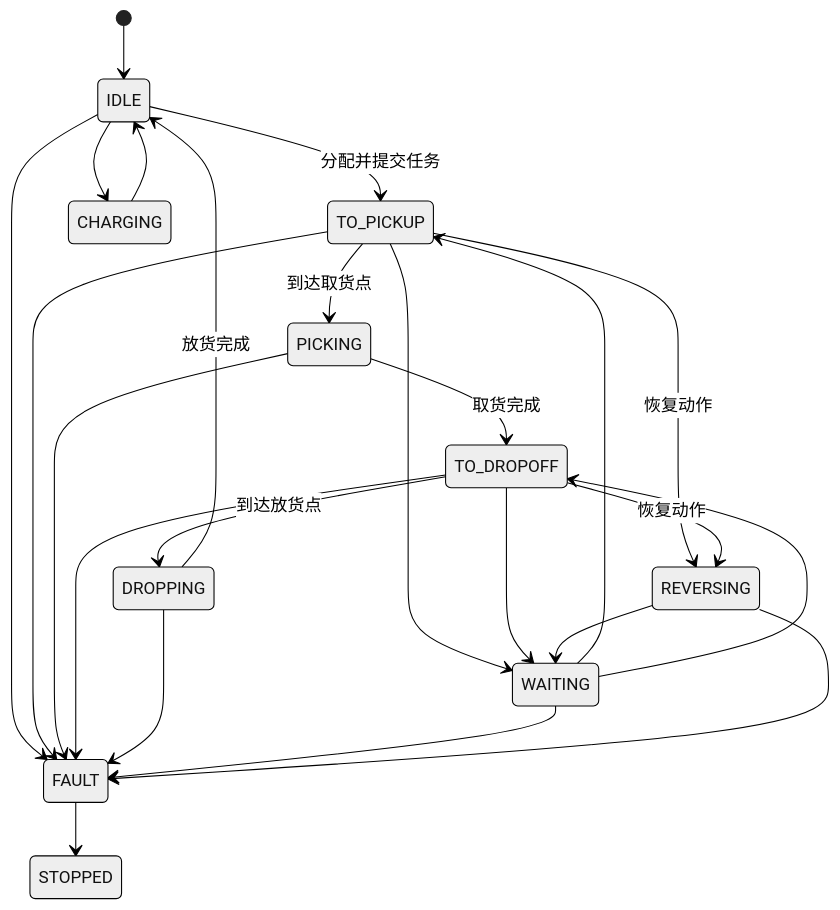
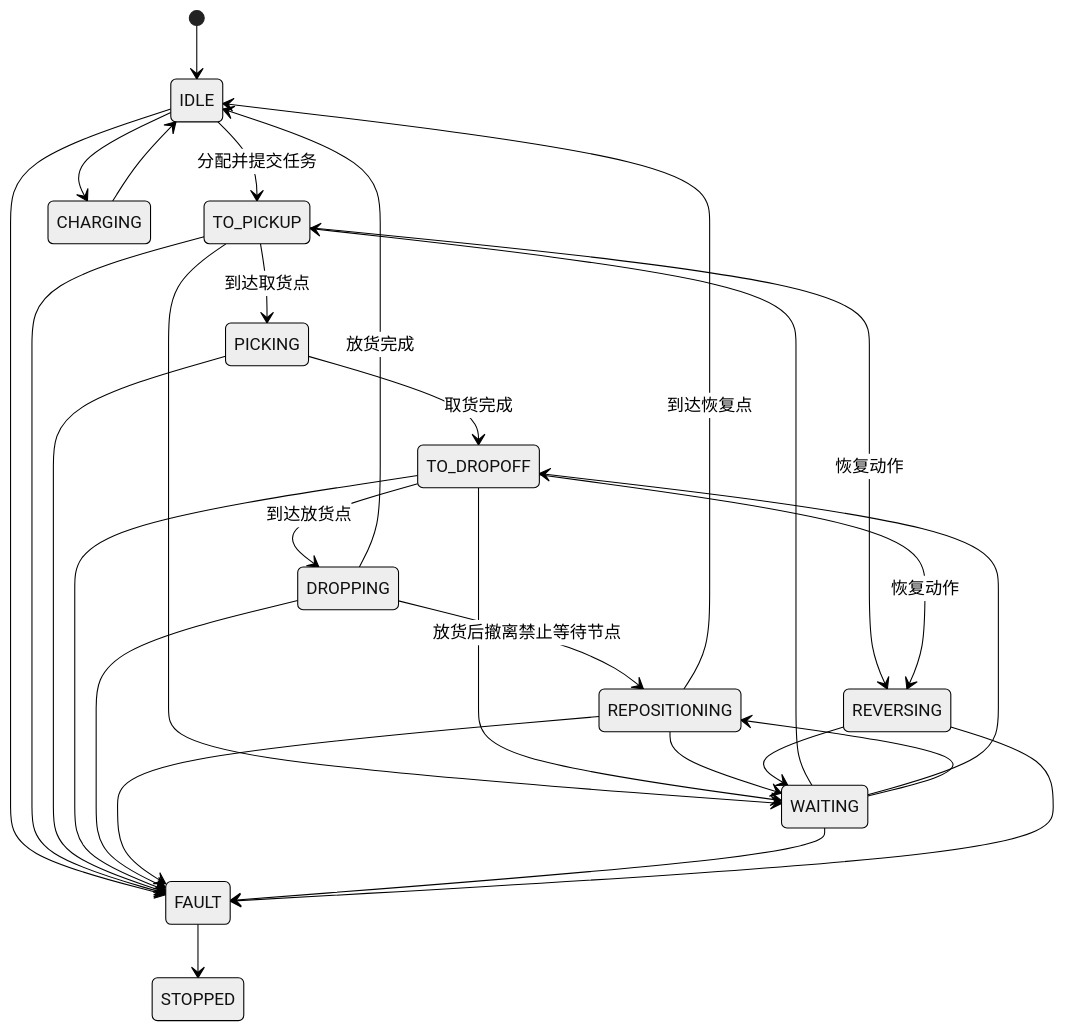
The third of 3 diagrams in docs/SCHEDULER_DESIGN.md (Yuzizhou999/MASP), drawn with Mermaid (neutral theme) before and after one commit. The commit also changed other lines of this file and 26 other files, not shown here.

````diff
--- a/docs/SCHEDULER_DESIGN.md
+++ b/docs/SCHEDULER_DESIGN.md
@@ -338,26 +338,31 @@
 ```mermaid
 stateDiagram-v2
     [*] --> IDLE
     IDLE --> TO_PICKUP: 分配并提交任务
     TO_PICKUP --> PICKING: 到达取货点
     PICKING --> TO_DROPOFF: 取货完成
     TO_DROPOFF --> DROPPING: 到达放货点
     DROPPING --> IDLE: 放货完成
+    DROPPING --> REPOSITIONING: 放货后撤离禁止等待节点
+    REPOSITIONING --> IDLE: 到达恢复点
     TO_PICKUP --> WAITING
     TO_DROPOFF --> WAITING
+    REPOSITIONING --> WAITING
     WAITING --> TO_PICKUP
     WAITING --> TO_DROPOFF
+    WAITING --> REPOSITIONING
     TO_PICKUP --> REVERSING: 恢复动作
     TO_DROPOFF --> REVERSING: 恢复动作
     REVERSING --> WAITING
     IDLE --> CHARGING
     CHARGING --> IDLE
     IDLE --> FAULT
     TO_PICKUP --> FAULT
     PICKING --> FAULT
     TO_DROPOFF --> FAULT
     DROPPING --> FAULT
+    REPOSITIONING --> FAULT
     WAITING --> FAULT
     REVERSING --> FAULT
     FAULT --> STOPPED
 ```
````
